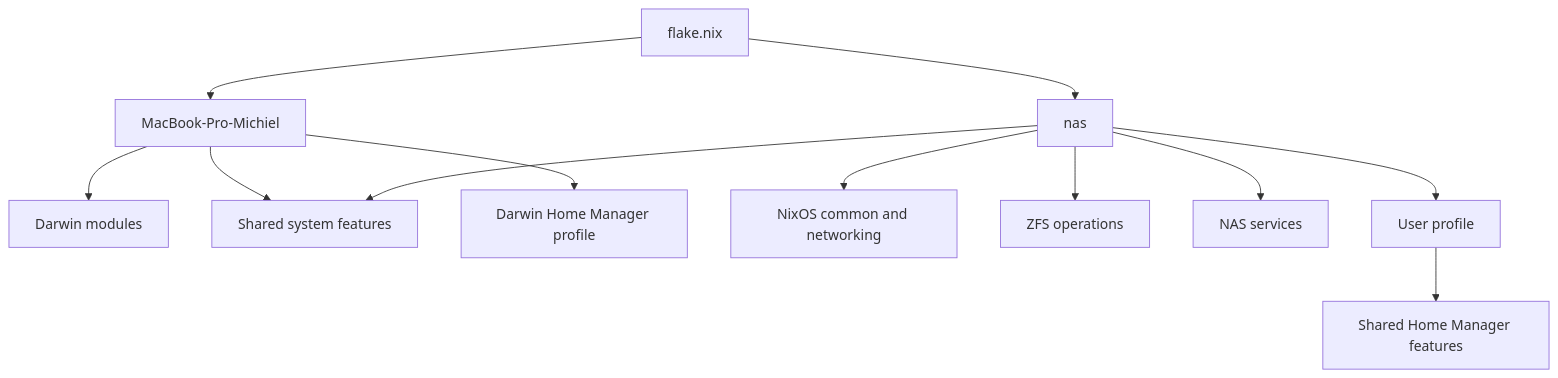
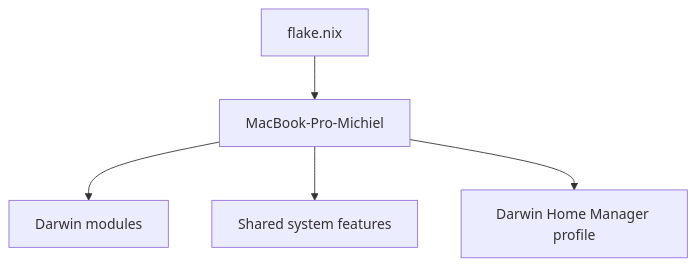
One commit to mrbruins/.nixos-config changed the diagram in README.md. Above: the diagram before and after it, drawn with Mermaid. The commit also changed other lines of this file and 43 other files, not shown here.

````diff
--- a/README.md
+++ b/README.md
@@ -41,14 +37,7 @@
 ```mermaid
 flowchart TD
   Flake[flake.nix] --> Mac[MacBook-Pro-Michiel]
-  Flake --> Nas[nas]
   Mac --> Darwin[Darwin modules]
   Mac --> Shared[Shared system features]
   Mac --> DarwinHM[Darwin Home Manager profile]
-  Nas --> NixOS[NixOS common and networking]
-  Nas --> Storage[ZFS operations]
-  Nas --> Services[NAS services]
-  Nas --> Shared
-  Nas --> User[User profile]
-  User --> SharedHM[Shared Home Manager features]
 ```
````
